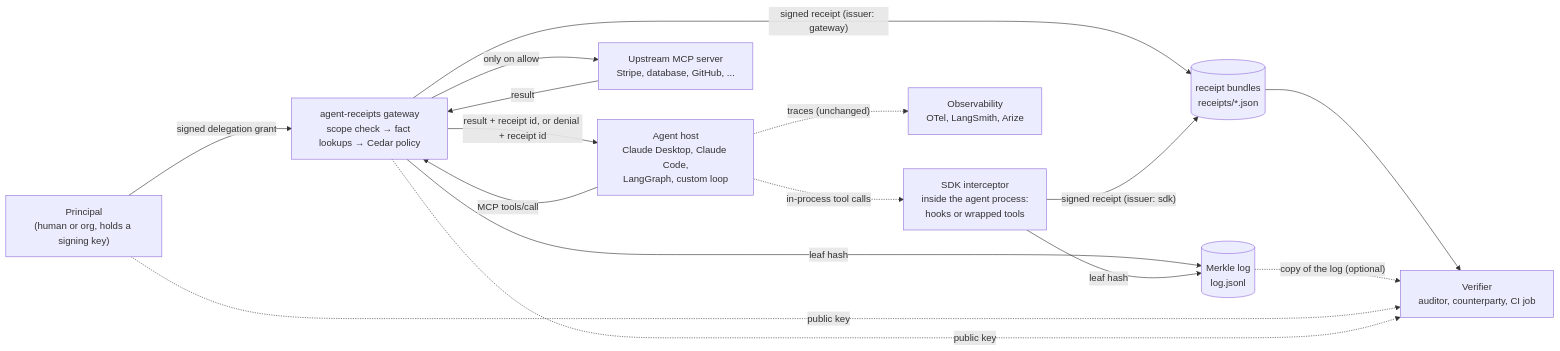
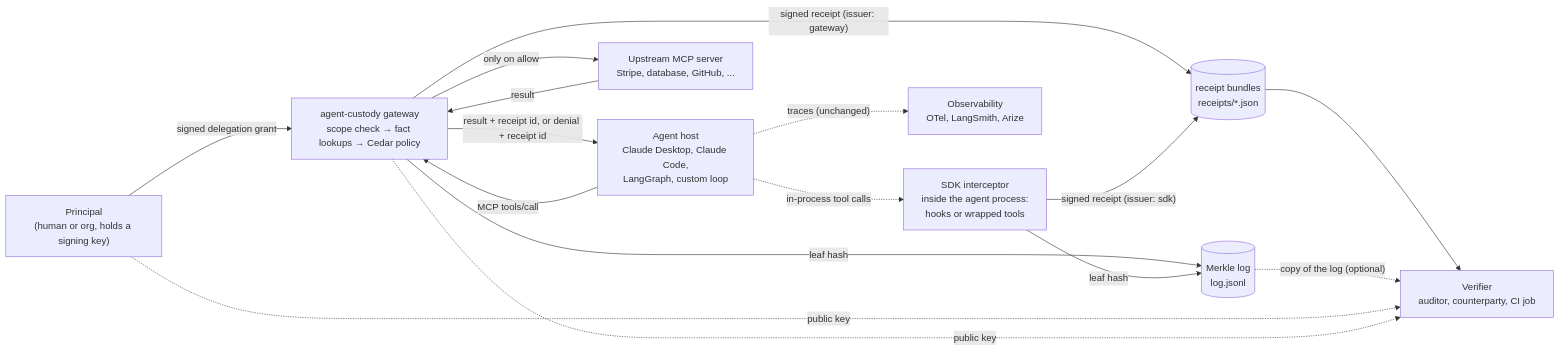
Before and after one commit to ch4r10t33r/agent-custody: the first of 3 diagrams in README.md, drawn with Mermaid. The commit also changed other lines of this file and 15 other files, not shown here.

First line of the commit message:
Rename agent-receipts to agent-custody

````diff
--- a/README.md
+++ b/README.md
@@ -20,28 +20,28 @@
 ```mermaid
 flowchart LR
     P["Principal<br/>(human or org, holds a signing key)"]
     A["Agent host<br/>Claude Desktop, Claude Code,<br/>LangGraph, custom loop"]
     S["SDK interceptor<br/>inside the agent process:<br/>hooks or wrapped tools"]
-    G["agent-receipts gateway<br/>scope check → fact lookups → Cedar policy"]
+    G["agent-custody gateway<br/>scope check → fact lookups → Cedar policy"]
     U["Upstream MCP server<br/>Stripe, database, GitHub, ..."]
     R[("receipt bundles<br/>receipts/*.json")]
     L[("Merkle log<br/>log.jsonl")]
     V["Verifier<br/>auditor, counterparty, CI job"]
     O["Observability<br/>OTel, LangSmith, Arize"]
 
     P -- "signed delegation grant" --> G
     A -- "MCP tools/call" --> G
     G -- "only on allow" --> U
     U -- "result" --> G
     G -- "result + receipt id, or denial + receipt id" --> A
     G -- "signed receipt (issuer: gateway)" --> R
     G -- "leaf hash" --> L
     A -. "in-process tool calls" .-> S
     S -- "signed receipt (issuer: sdk)" --> R
     S -- "leaf hash" --> L
     R --> V
     L -. "copy of the log (optional)" .-> V
     P -. "public key" .-> V
     G -. "public key" .-> V
     A -. "traces (unchanged)" .-> O
 ```
````
